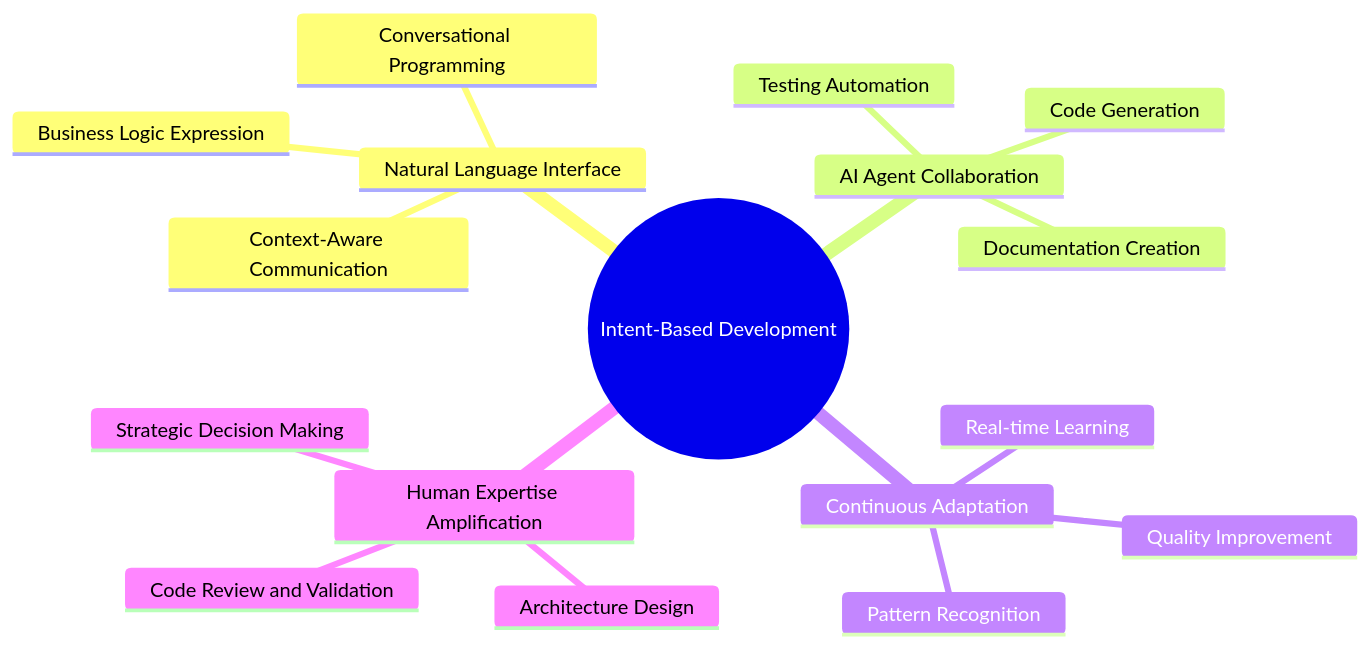
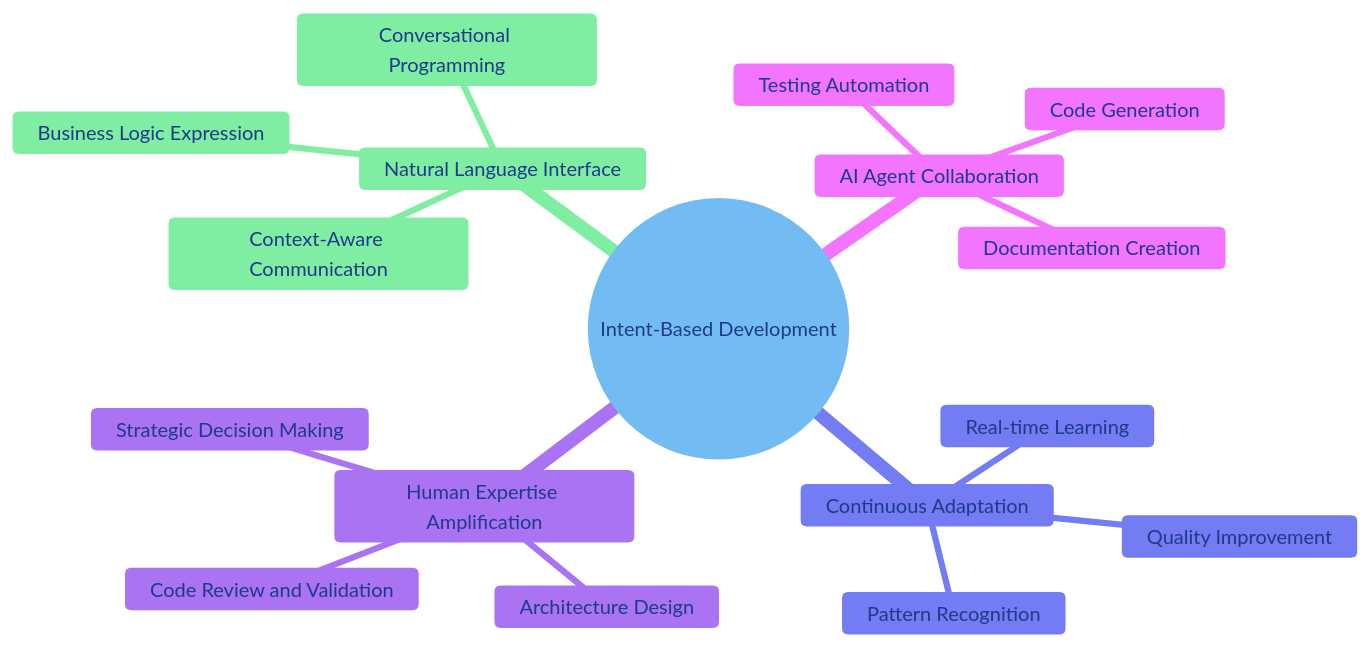
Before and after one commit to raphaelmansuy/tutorials: the third of 13 diagrams in 17_intent_based_dev_vs_code_copilot.md, drawn with Mermaid.

Commit message:
Add mermaid diagram configuration for intent-based development mindmap

````diff
--- a/17_intent_based_dev_vs_code_copilot.md
+++ b/17_intent_based_dev_vs_code_copilot.md
@@ -275,20 +275,37 @@
 ```mermaid
+%%{init: {
+  'theme': 'base',
+  'themeVariables': {
+    'primaryColor': '#E8F4FD',
+    'primaryTextColor': '#1E3A8A',
+    'primaryBorderColor': '#3B82F6',
+    'secondaryColor': '#F0FDF4',
+    'secondaryTextColor': '#15803D',
+    'secondaryBorderColor': '#22C55E',
+    'tertiaryColor': '#FEF3FF',
+    'tertiaryTextColor': '#7C2D92',
+    'tertiaryBorderColor': '#A855F7',
+    'background': '#FFFFFF',
+    'lineColor': '#6B7280',
+    'textColor': '#111827'
+  }
+}}%%
 mindmap
   root((Intent-Based Development))
     Natural Language Interface
       Conversational Programming
       Context-Aware Communication
       Business Logic Expression
     AI Agent Collaboration
       Code Generation
       Documentation Creation
       Testing Automation
     Continuous Adaptation
       Real-time Learning
       Pattern Recognition
       Quality Improvement
     Human Expertise Amplification
       Strategic Decision Making
       Architecture Design
       Code Review and Validation
 ```
````
